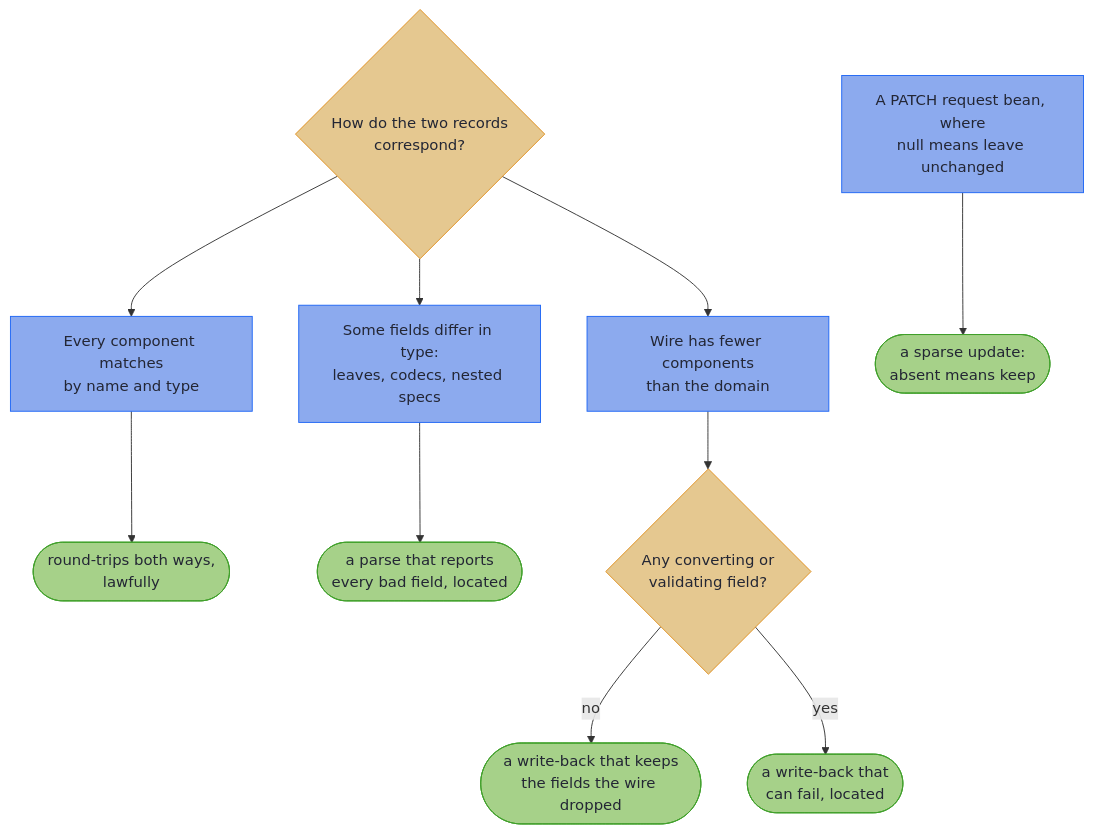
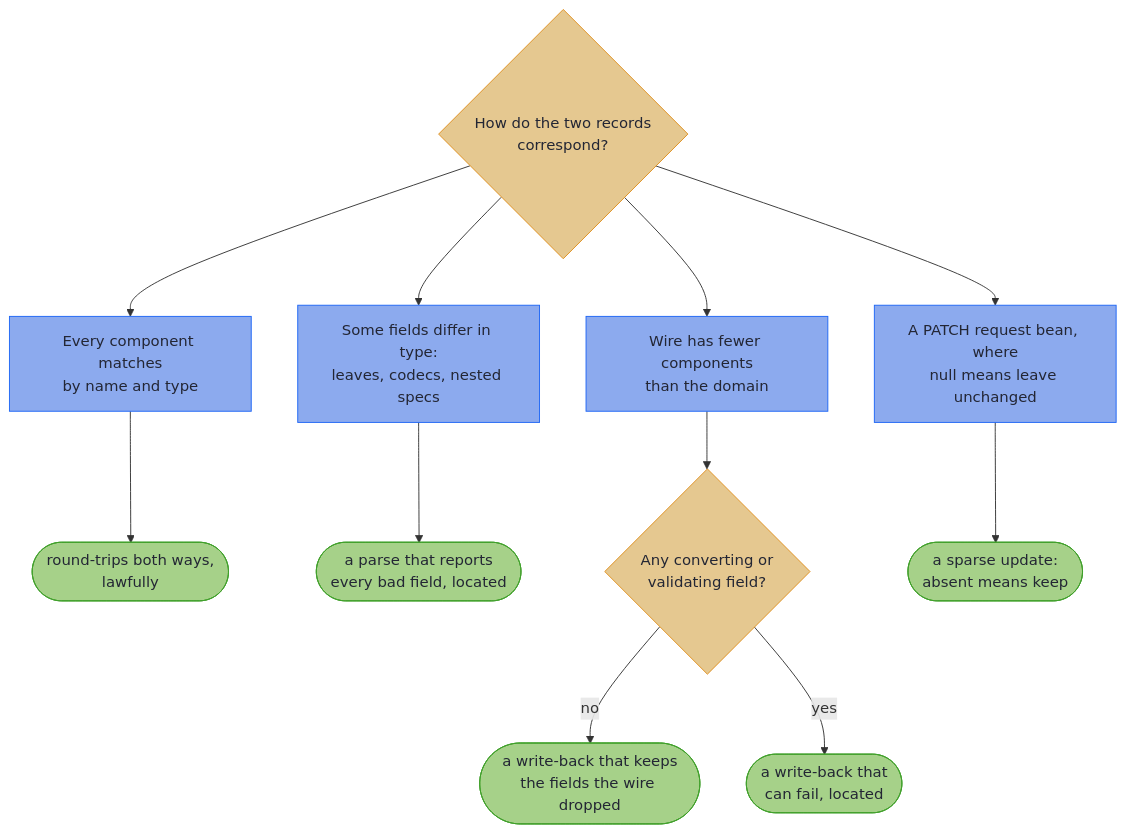
One commit to higher-kinded-j/higher-kinded-j changed the second of 2 diagrams in hkj-book/src/mapping/ch_intro.md. Above: the diagram before and after it, drawn with Mermaid. The commit also changed other lines of this file and 20 other files, not shown here.

````diff
--- a/hkj-book/src/mapping/ch_intro.md
+++ b/hkj-book/src/mapping/ch_intro.md
@@ -114,20 +115,21 @@
 ```mermaid
 flowchart TD
     Q{"How do the two records<br/>correspond?"}
     Q --> A["Every component matches<br/>by name and type"]
     Q --> B["Some fields differ in type:<br/>leaves, codecs, nested specs"]
     Q --> C["Wire has fewer components<br/>than the domain"]
     A --> AT(["round-trips both ways,<br/>lawfully"])
     B --> BT(["a parse that reports<br/>every bad field, located"])
     C --> CQ{"Any converting or<br/>validating field?"}
     CQ -->|no| CT(["a write-back that keeps<br/>the fields the wire dropped"])
     CQ -->|yes| DT(["a write-back that<br/>can fail, located"])
-    P["A PATCH request bean, where<br/>null means leave unchanged"] --> PT(["a sparse update:<br/>absent means keep"])
+    Q --> P["A PATCH request bean, where<br/>null means leave unchanged"]
+    P --> PT(["a sparse update:<br/>absent means keep"])
 
     classDef wire fill:#8caaee,stroke:#1e66f5,color:#232634
     classDef tier fill:#a6d189,stroke:#40a02b,color:#232634
     classDef decision fill:#e5c890,stroke:#df8e1d,color:#232634
     class A,B,C,P wire
     class AT,BT,CT,DT,PT tier
     class Q,CQ decision
 ```
````
